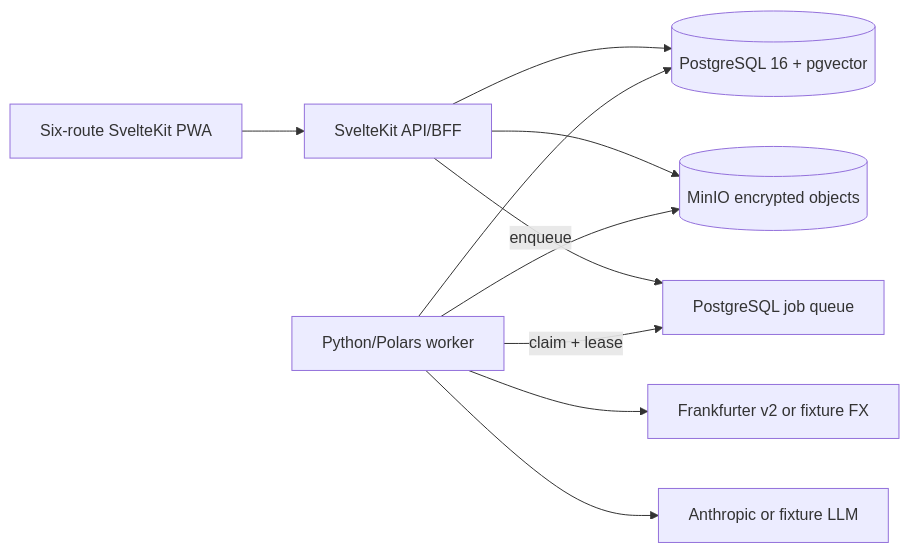
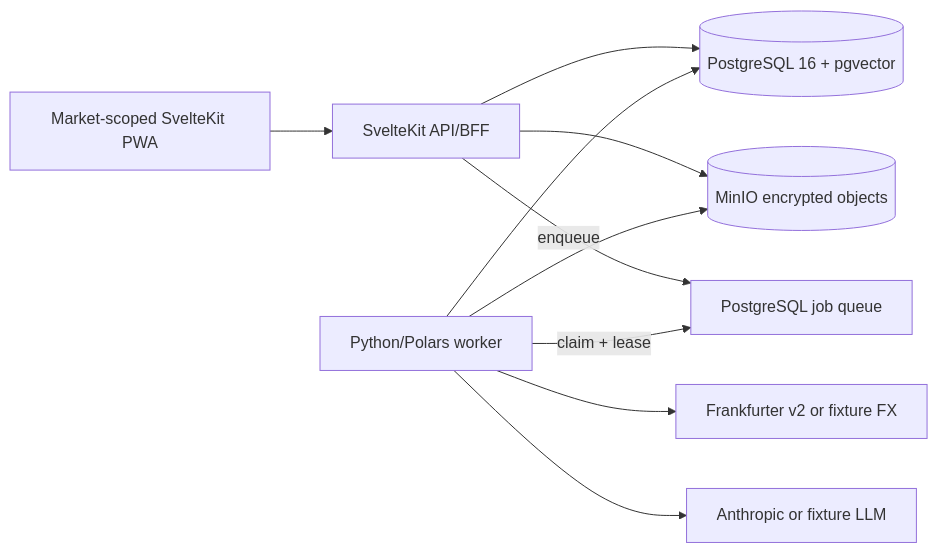
One commit to Shady-C/ledger changed the diagram in docs/CODEBASE_HANDOFF.md. Above: the diagram before and after it, drawn with Mermaid. The commit also changed other lines of this file and 10 other files, not shown here.

````diff
--- a/docs/CODEBASE_HANDOFF.md
+++ b/docs/CODEBASE_HANDOFF.md
@@ -40,12 +41,12 @@
 ```mermaid
 flowchart LR
-    Browser["Six-route SvelteKit PWA"] --> Web["SvelteKit API/BFF"]
+    Browser["Market-scoped SvelteKit PWA"] --> Web["SvelteKit API/BFF"]
     Web --> PG[("PostgreSQL 16 + pgvector")]
     Web --> MinIO[("MinIO encrypted objects")]
     Web -->|"enqueue"| Jobs["PostgreSQL job queue"]
     Worker["Python/Polars worker"] -->|"claim + lease"| Jobs
     Worker --> MinIO
     Worker --> PG
     Worker --> FX["Frankfurter v2 or fixture FX"]
     Worker --> AI["Anthropic or fixture LLM"]
 ```
````
